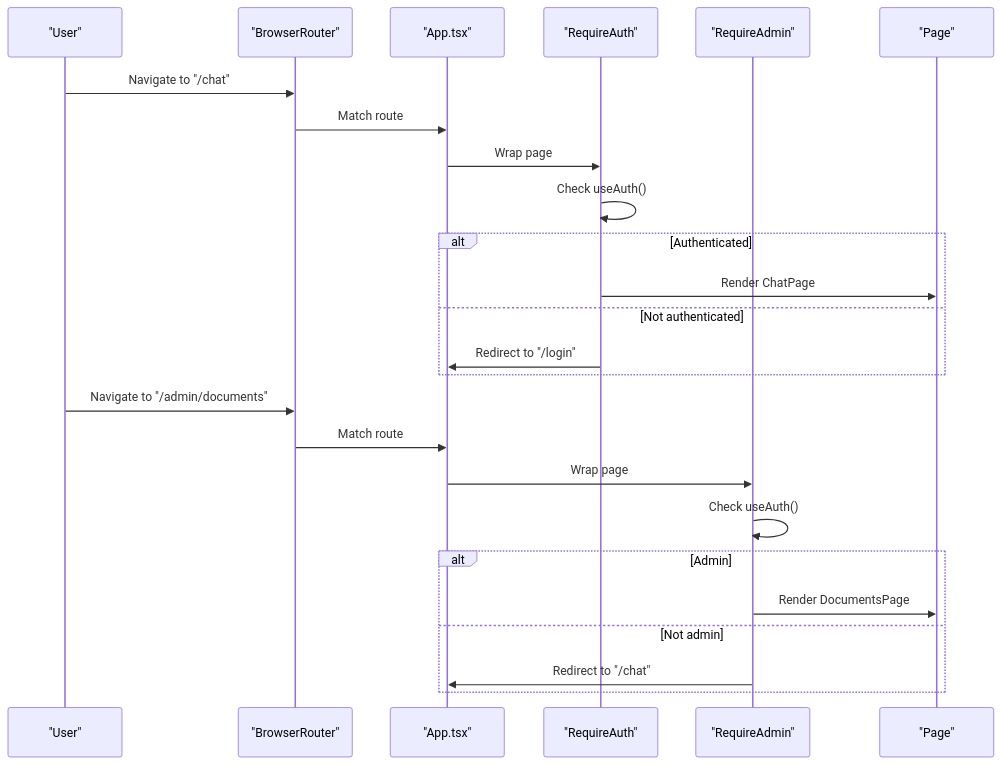
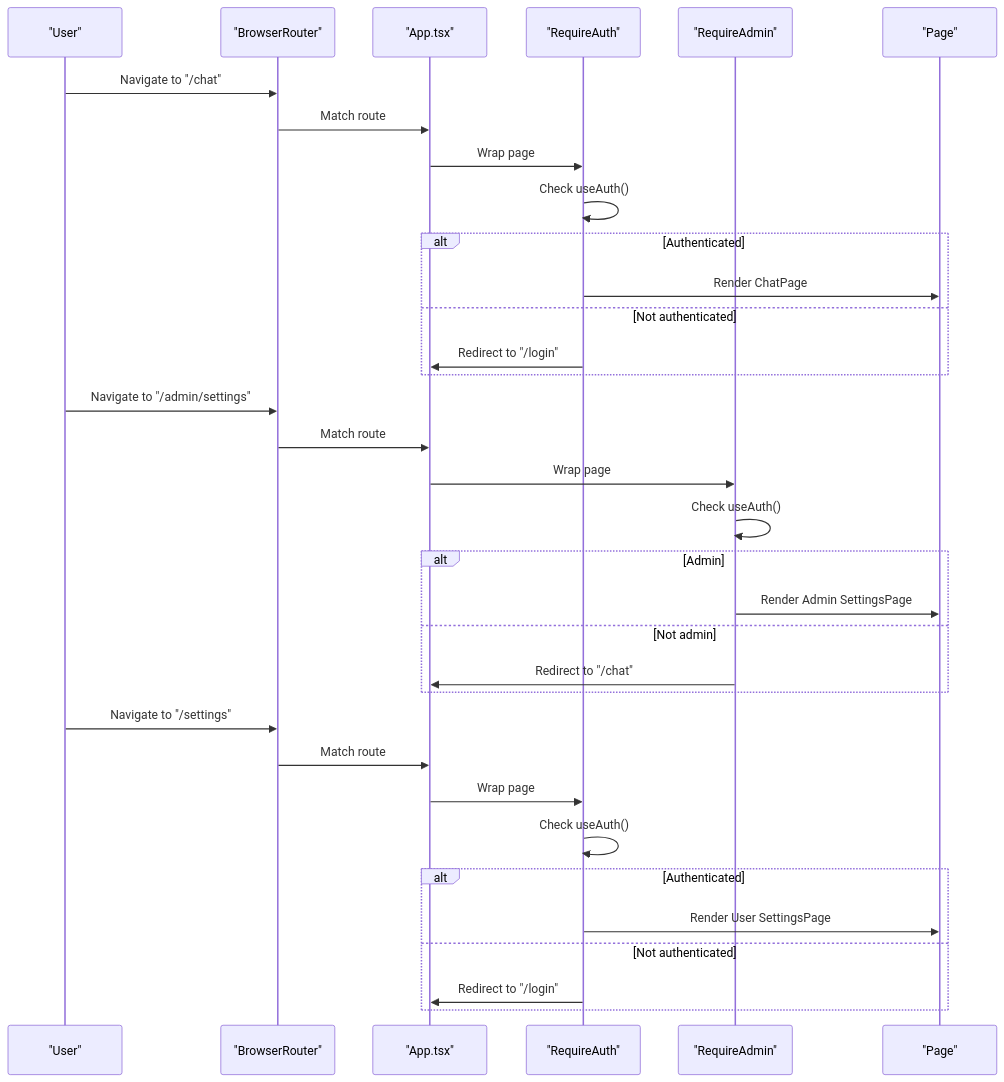
Before and after one commit to genes8/private-ai: the third of 12 diagrams in .qoder/repowiki/en/content/Architecture and Design/Frontend Architecture.md, drawn with Mermaid. The commit also changed other lines of this file and 55 other files, not shown here.

````diff
--- a/.qoder/repowiki/en/content/Architecture and Design/Frontend Architecture.md
+++ b/.qoder/repowiki/en/content/Architecture and Design/Frontend Architecture.md
@@ -179,27 +217,36 @@
 ```mermaid
 sequenceDiagram
 participant U as "User"
 participant BR as "BrowserRouter"
 participant APP as "App.tsx"
 participant GA as "RequireAuth"
 participant GI as "RequireAdmin"
 participant P as "Page"
 U->>BR : Navigate to "/chat"
 BR->>APP : Match route
 APP->>GA : Wrap page
 GA->>GA : Check useAuth()
 alt Authenticated
 GA->>P : Render ChatPage
 else Not authenticated
 GA->>APP : Redirect to "/login"
 end
-U->>BR : Navigate to "/admin/documents"
+U->>BR : Navigate to "/admin/settings"
 BR->>APP : Match route
 APP->>GI : Wrap page
 GI->>GI : Check useAuth()
 alt Admin
-GI->>P : Render DocumentsPage
+GI->>P : Render Admin SettingsPage
 else Not admin
 GI->>APP : Redirect to "/chat"
 end
+U->>BR : Navigate to "/settings"
+BR->>APP : Match route
+APP->>GA : Wrap page
+GA->>GA : Check useAuth()
+alt Authenticated
+GA->>P : Render User SettingsPage
+else Not authenticated
+GA->>APP : Redirect to "/login"
+end
 ```
````
